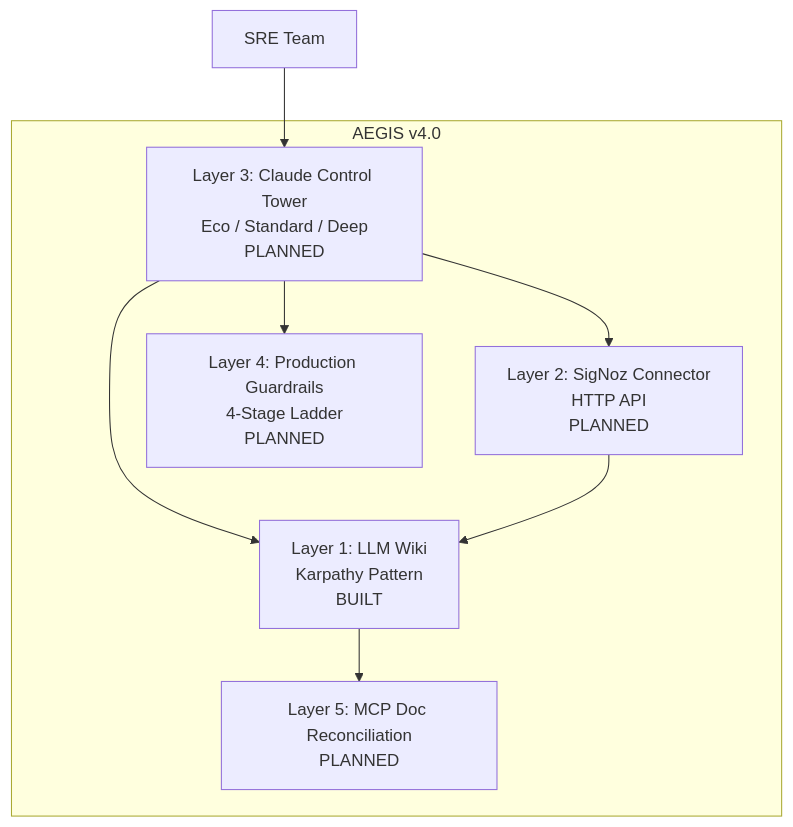
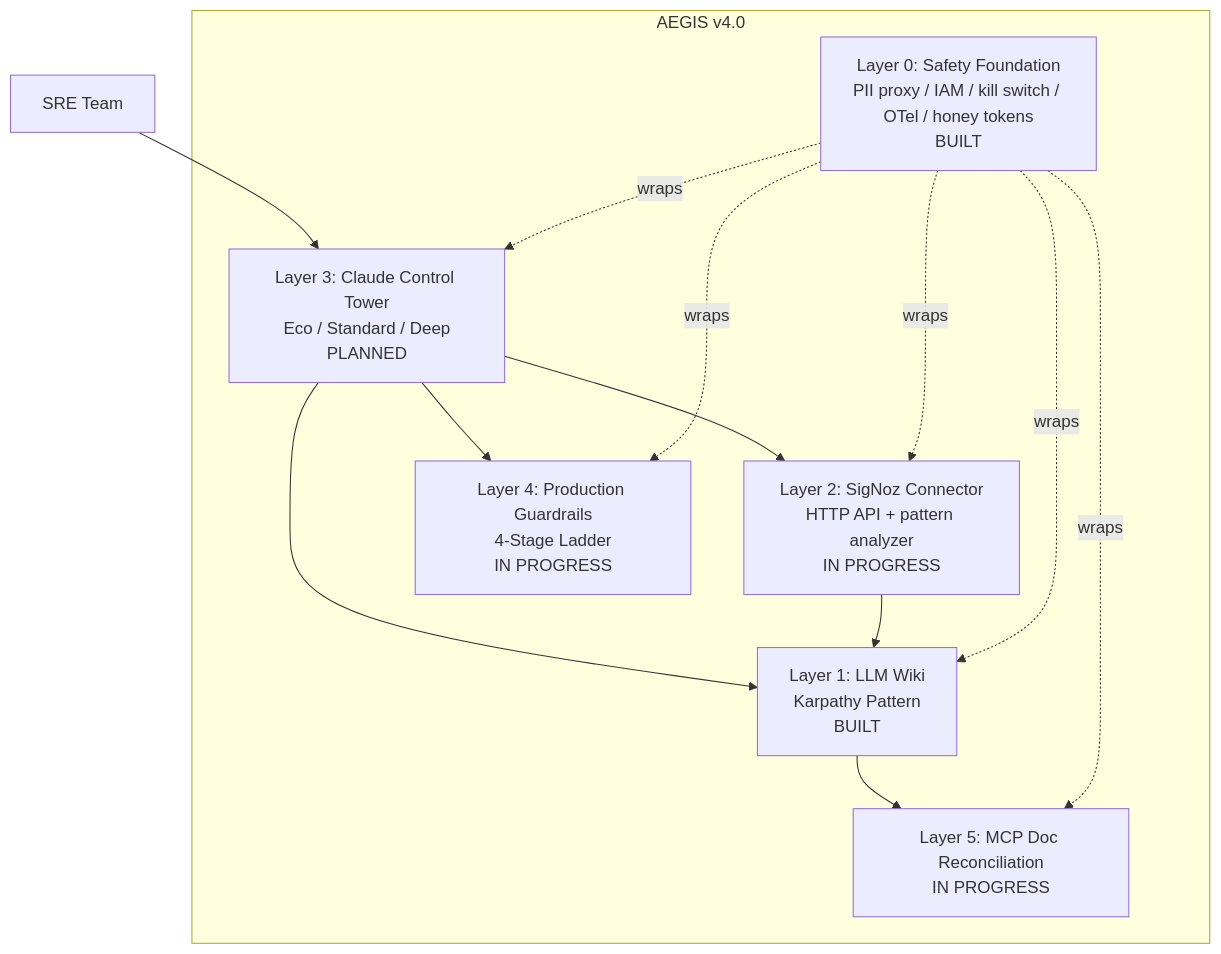
Before and after one commit to JIUNG9/aegis: the first of 10 diagrams in docs/ARCHITECTURE.md, drawn with Mermaid. The commit also changed other lines of this file and 1 other file, not shown here.

First line of the commit message:
docs: reflect Layer 0 shipped + Layer 2/4/5 in progress

````diff
--- a/docs/ARCHITECTURE.md
+++ b/docs/ARCHITECTURE.md
@@ -14,16 +14,22 @@
 ```mermaid
 graph TB
   subgraph AEGIS["AEGIS v4.0"]
+    L0[Layer 0: Safety Foundation<br/>PII proxy / IAM / kill switch / OTel / honey tokens<br/>BUILT]
     L1[Layer 1: LLM Wiki<br/>Karpathy Pattern<br/>BUILT]
-    L2[Layer 2: SigNoz Connector<br/>HTTP API<br/>PLANNED]
+    L2[Layer 2: SigNoz Connector<br/>HTTP API + pattern analyzer<br/>IN PROGRESS]
     L3[Layer 3: Claude Control Tower<br/>Eco / Standard / Deep<br/>PLANNED]
-    L4[Layer 4: Production Guardrails<br/>4-Stage Ladder<br/>PLANNED]
-    L5[Layer 5: MCP Doc Reconciliation<br/>PLANNED]
+    L4[Layer 4: Production Guardrails<br/>4-Stage Ladder<br/>IN PROGRESS]
+    L5[Layer 5: MCP Doc Reconciliation<br/>IN PROGRESS]
   end
   User[SRE Team] --> L3
   L3 --> L1
   L3 --> L2
   L3 --> L4
   L1 --> L5
   L2 --> L1
+  L0 -.wraps.-> L1
+  L0 -.wraps.-> L2
+  L0 -.wraps.-> L3
+  L0 -.wraps.-> L4
+  L0 -.wraps.-> L5
 ```
````
